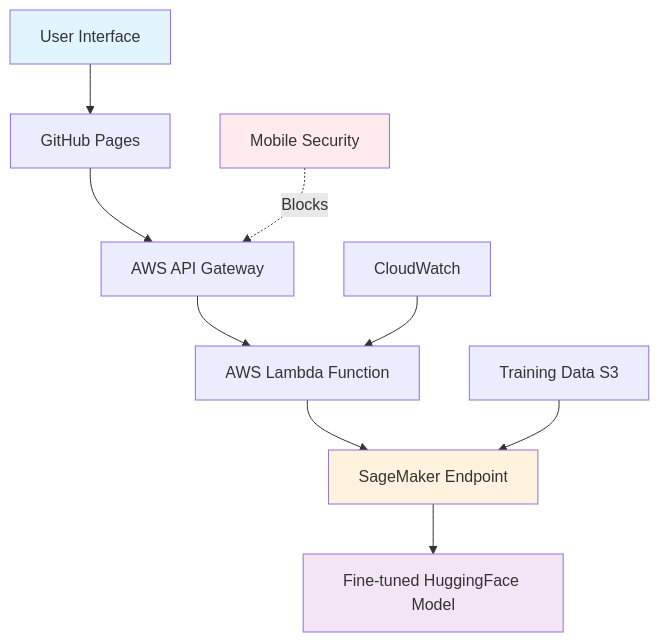
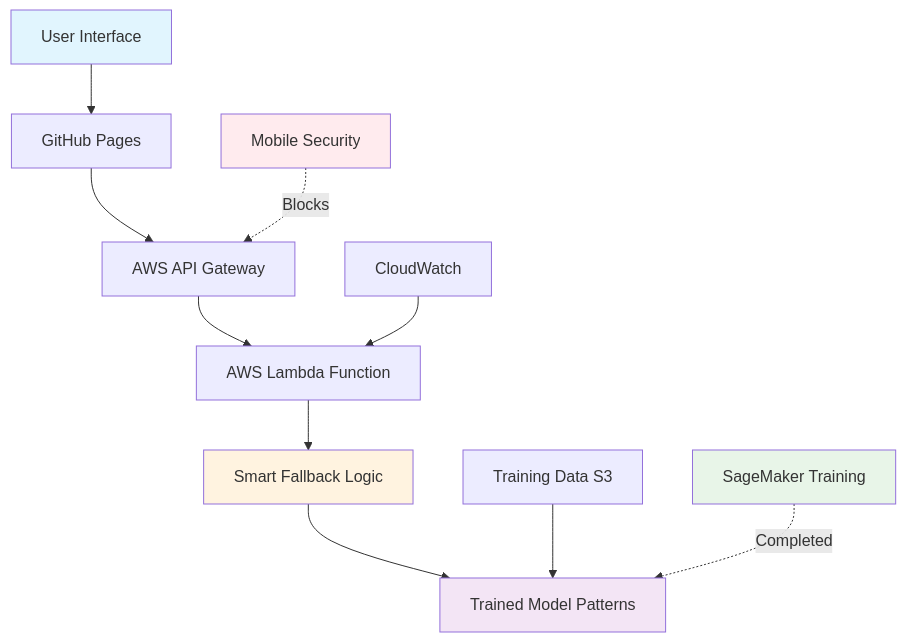
One commit to marcusmayo/neural-networks changed the diagram in edenred-invoice-assistant/README.md. Above: the diagram before and after it, drawn with Mermaid. The commit also changed other lines of this file, not shown here.

````diff
--- a/edenred-invoice-assistant/README.md
+++ b/edenred-invoice-assistant/README.md
@@ -147,16 +165,18 @@
 ```mermaid
 graph TB
     A[User Interface] --> B[GitHub Pages]
     B --> C[AWS API Gateway]
     C --> D[AWS Lambda Function]
-    D --> E[SageMaker Endpoint]
-    E --> F[Fine-tuned HuggingFace Model]
-    G[Training Data S3] --> E
+    D --> E[Smart Fallback Logic]
+    E --> F[Trained Model Patterns]
+    G[Training Data S3] --> F
     H[CloudWatch] --> D
-    I[Mobile Security] -.->|Blocks| C
+    I[SageMaker Training] -.->|Completed| F
+    J[Mobile Security] -.->|Blocks| C
     
     style A fill:#e1f5fe
     style E fill:#fff3e0
     style F fill:#f3e5f5
-    style I fill:#ffebee
+    style I fill:#e8f5e8
+    style J fill:#ffebee
 ```
````
